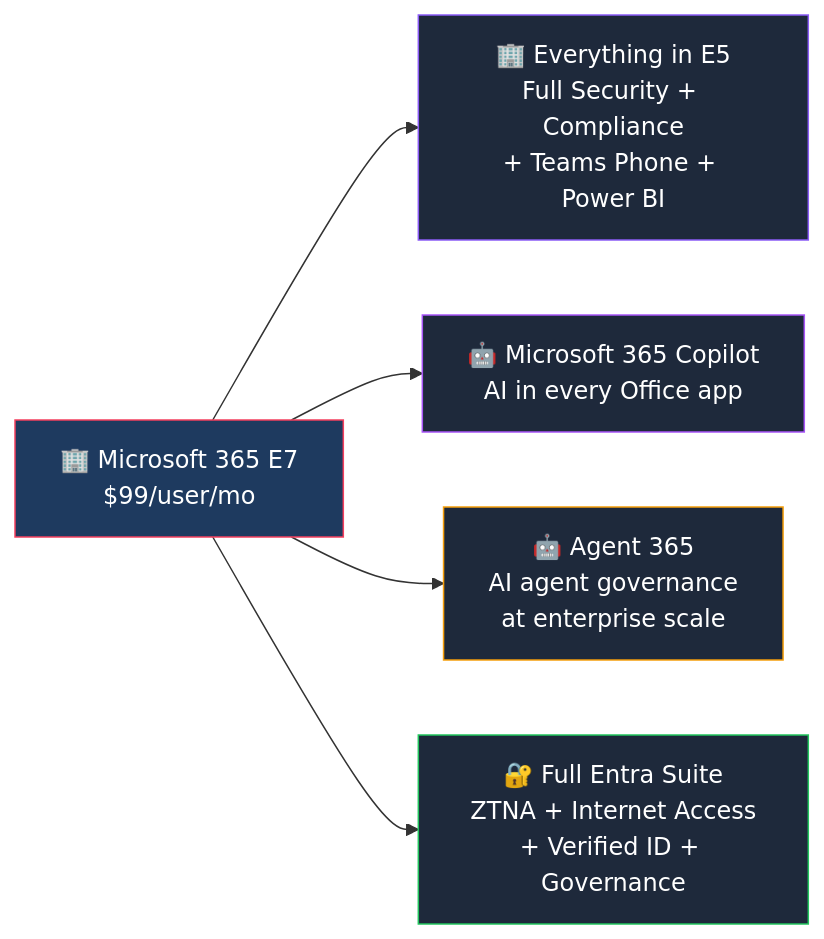
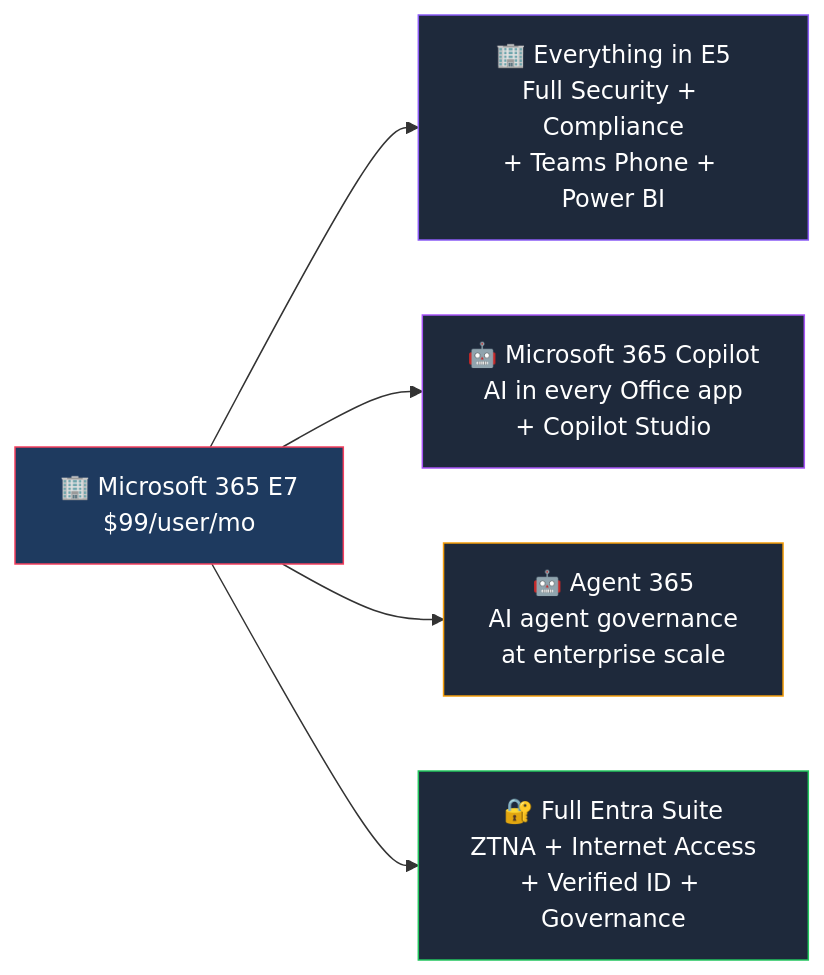
One commit to susanthgit/aguidetocloud-revamp changed the first of 2 diagrams in content/licensing/microsoft-365-e7.md. Above: the diagram before and after it, drawn with Mermaid. The commit also changed other lines of this file and 9 other files, not shown here.

````diff
--- a/content/licensing/microsoft-365-e7.md
+++ b/content/licensing/microsoft-365-e7.md
@@ -47,17 +60,17 @@
 ```mermaid
 flowchart LR
     E7["🏢 Microsoft 365 E7\n$99/user/mo"]
     E5["🏢 Everything in E5\nFull Security + Compliance\n+ Teams Phone + Power BI"]
-    COP["🤖 Microsoft 365 Copilot\nAI in every Office app"]
+    COP["🤖 Microsoft 365 Copilot\nAI in every Office app\n+ Copilot Studio"]
     AGT["🤖 Agent 365\nAI agent governance\nat enterprise scale"]
     ENT["🔐 Full Entra Suite\nZTNA + Internet Access\n+ Verified ID + Governance"]
     E7 --> E5
     E7 --> COP
     E7 --> AGT
     E7 --> ENT
     style E7 fill:#1e3a5f,stroke:#F43F5E,color:#ffffff
     style E5 fill:#1e293b,stroke:#8b5cf6,color:#ffffff
     style COP fill:#1e293b,stroke:#a855f7,color:#ffffff
     style AGT fill:#1e293b,stroke:#f59e0b,color:#ffffff
     style ENT fill:#1e293b,stroke:#22c55e,color:#ffffff
 ```
````
